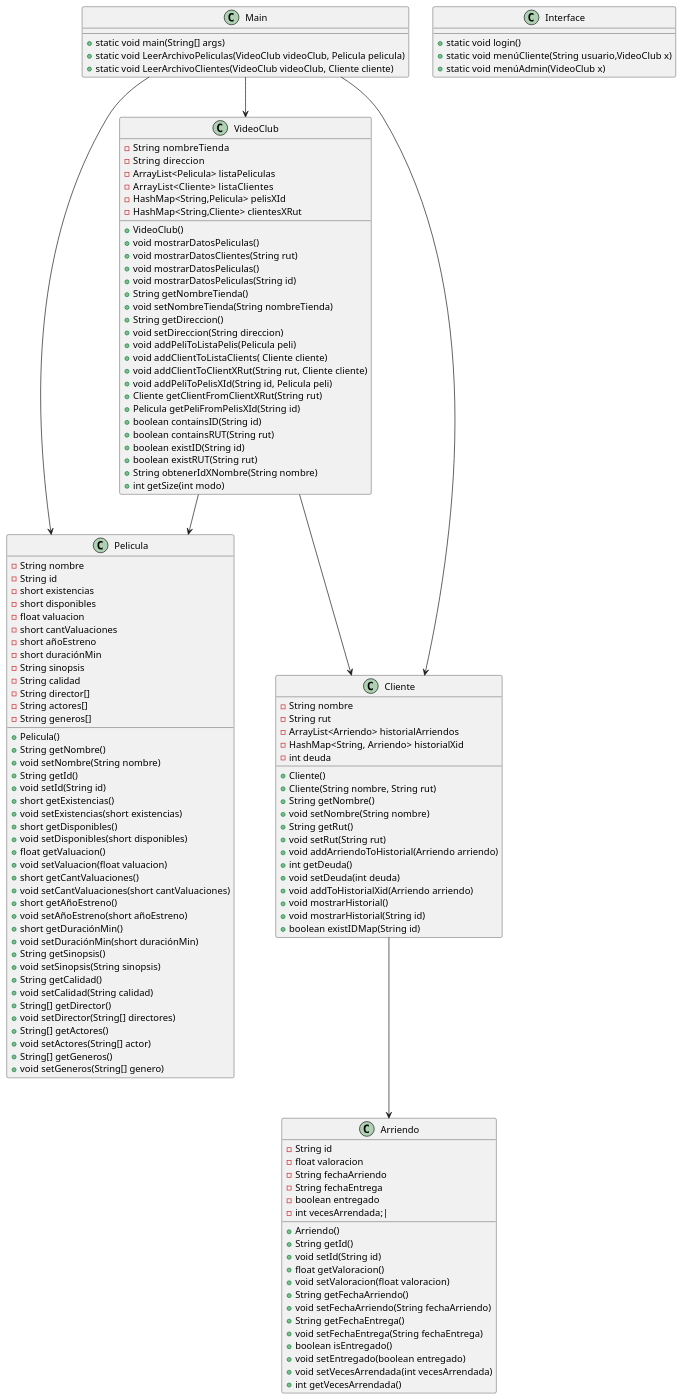
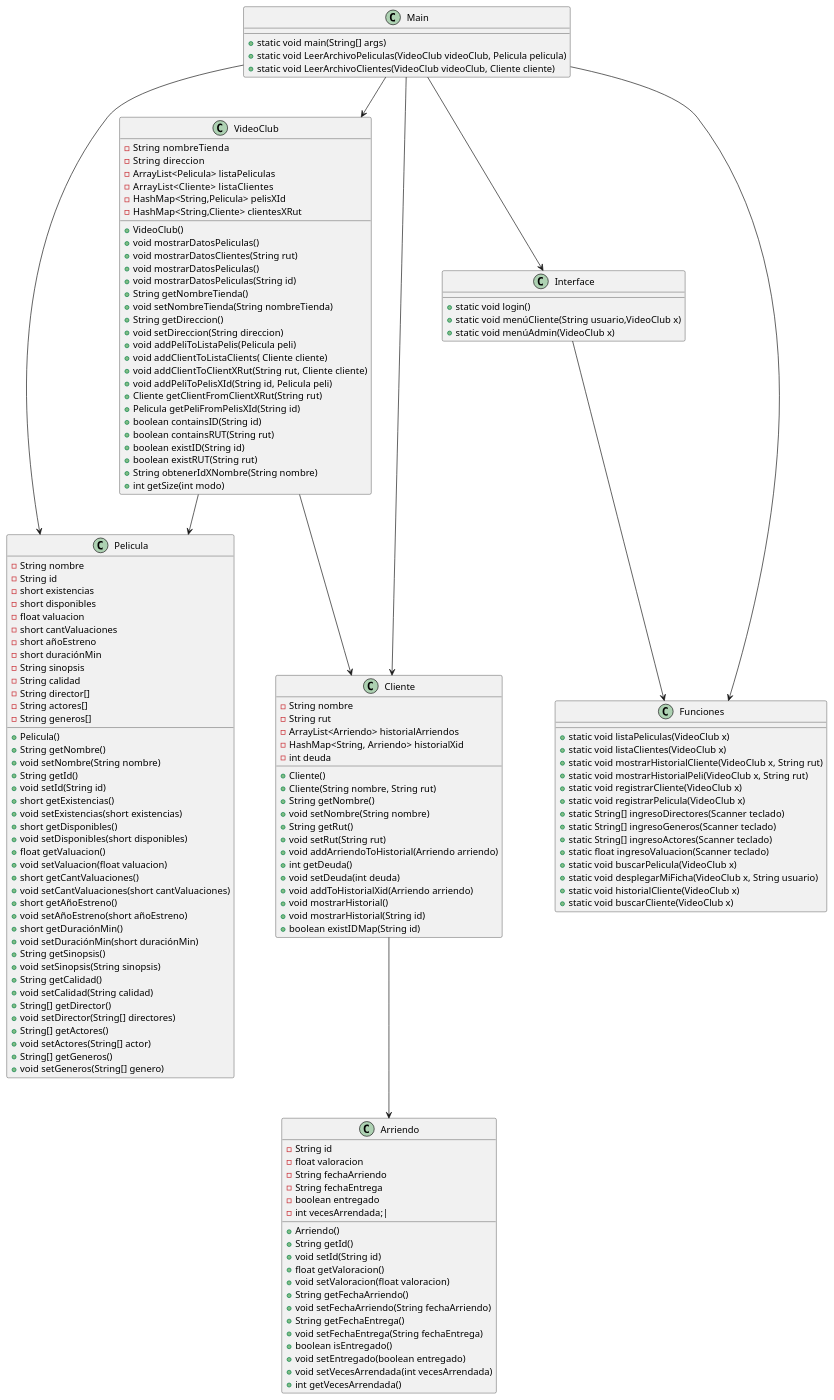
The diagram in Videoclub/src/main/java/Test UML.puml (luis922/Proyecto-POO-2S-2021), drawn with PlantUML before and after one commit.

Commit message:
driagrama actualizado

```diff
--- a/Videoclub/src/main/java/Test UML.puml
+++ b/Videoclub/src/main/java/Test UML.puml
@@ -1,140 +1,162 @@
 @startuml
 Main --> VideoClub
 Main --> Pelicula
 Main --> Cliente
+Main --> Interface
+Main --> Funciones
+
 VideoClub  -->  Cliente
 VideoClub  -->  Pelicula
 Cliente  --> Arriendo
+Interface --> Funciones
 
 class VideoClub{
     -String  nombreTienda
     -String  direccion
     -ArrayList<Pelicula> listaPeliculas
     -ArrayList<Cliente>   listaClientes
     -HashMap<String,Pelicula> pelisXId
     -HashMap<String,Cliente> clientesXRut
 
     +VideoClub()
     +void mostrarDatosPeliculas()
     +void mostrarDatosClientes(String rut)
     +void mostrarDatosPeliculas()
     +void mostrarDatosPeliculas(String id)
     +String getNombreTienda()
     +void setNombreTienda(String nombreTienda)
     +String getDireccion()
     +void setDireccion(String direccion)
     +void addPeliToListaPelis(Pelicula peli)
     +void addClientToListaClients( Cliente cliente)
     +void addClientToClientXRut(String rut, Cliente cliente)
     +void addPeliToPelisXId(String id, Pelicula peli)
     +Cliente getClientFromClientXRut(String rut)
     +Pelicula getPeliFromPelisXId(String id)
     +boolean containsID(String id)
     +boolean containsRUT(String rut)
     +boolean existID(String id)
     +boolean existRUT(String rut)
     +String obtenerIdXNombre(String nombre)
     +int getSize(int modo)
 }
 
 class Cliente{
     -String nombre
     -String rut
     -ArrayList<Arriendo> historialArriendos
     -HashMap<String, Arriendo> historialXid
     -int deuda
 
     +Cliente()
     +Cliente(String nombre, String rut)
     +String getNombre()
     +void setNombre(String nombre)
     +String getRut()
     +void setRut(String rut)
     +void addArriendoToHistorial(Arriendo arriendo)
     +int getDeuda()
     +void setDeuda(int deuda)
     +void addToHistorialXid(Arriendo arriendo)
     +void mostrarHistorial()
     +void mostrarHistorial(String id)
     +boolean existIDMap(String id)
 }
 
 class Pelicula{
     -String nombre
     -String id
     -short existencias
     -short disponibles
     -float valuacion
     -short cantValuaciones
     -short añoEstreno
     -short duraciónMin
     -String sinopsis
     -String calidad
     -String director[]
     -String actores[]
     -String generos[]
 
     +Pelicula()
     +String getNombre()
     +void setNombre(String nombre)
     +String getId()
     +void setId(String id)
     +short getExistencias()
     +void setExistencias(short existencias)
     +short getDisponibles()
     +void setDisponibles(short disponibles)
     +float getValuacion()
     +void setValuacion(float valuacion)
     +short getCantValuaciones()
     +void setCantValuaciones(short cantValuaciones)
     +short getAñoEstreno()
     +void setAñoEstreno(short añoEstreno)
     +short getDuraciónMin()
     +void setDuraciónMin(short duraciónMin)
     +String getSinopsis()
     +void setSinopsis(String sinopsis)
     +String getCalidad()
     +void setCalidad(String calidad)
     +String[] getDirector()
     +void setDirector(String[] directores)
     +String[] getActores()
     +void setActores(String[] actor)
     +String[] getGeneros()
     +void setGeneros(String[] genero)
 }
 
 class Arriendo{
     -String id
     -float valoracion
     -String fechaArriendo
     -String fechaEntrega
     -boolean entregado
     - int vecesArrendada;|
 
     +Arriendo()
     +String getId()
     +void setId(String id)
     +float getValoracion()
     +void setValoracion(float valoracion)
     +String getFechaArriendo()
     +void setFechaArriendo(String fechaArriendo)
     +String getFechaEntrega()
     +void setFechaEntrega(String fechaEntrega)
     +boolean isEntregado()
     +void setEntregado(boolean entregado)
     +void setVecesArrendada(int vecesArrendada)
     +int getVecesArrendada()
 }
 
 class Main{
     +static void main(String[] args)
     +static void LeerArchivoPeliculas(VideoClub videoClub, Pelicula pelicula)
     +static void LeerArchivoClientes(VideoClub videoClub, Cliente cliente)
 
 }
 class Interface{
     +static void login()
     +static void menúCliente(String usuario,VideoClub x)
     +static void menúAdmin(VideoClub x)
 }
+
+class Funciones{
+    + static void listaPeliculas(VideoClub x)
+    + static void listaClientes(VideoClub x)
+    + static void mostrarHistorialCliente(VideoClub x, String rut)
+    + static void mostrarHistorialPeli(VideoClub x, String rut)
+    + static void registrarCliente(VideoClub x)
+    + static void registrarPelicula(VideoClub x)
+    + static String[] ingresoDirectores(Scanner teclado)
+    + static String[] ingresoGeneros(Scanner teclado)
+    + static String[] ingresoActores(Scanner teclado)
+    + static float ingresoValuacion(Scanner teclado)
+    + static void buscarPelicula(VideoClub x)
+    + static void desplegarMiFicha(VideoClub x, String usuario)
+    + static void historialCliente(VideoClub x)
+    + static void buscarCliente(VideoClub x)
+
+}
 @enduml
```
